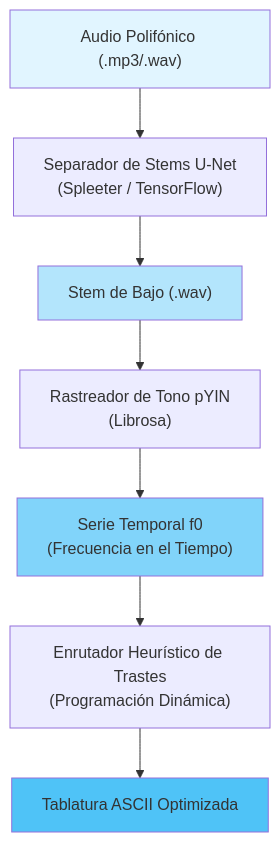
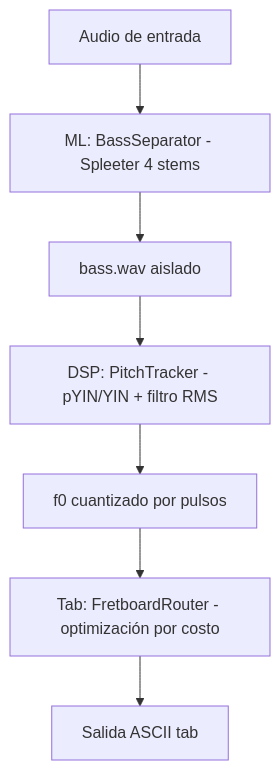
Before and after one commit to blackmetalhans/punkito-tabs-oracle: the diagram in README.es.md, drawn with Mermaid. The commit also changed other lines of this file and 2 other files, not shown here.

Commit message:
docs: refresh README and architecture with current functional status

````diff
--- a/README.es.md
+++ b/README.es.md
@@ -34,14 +19,9 @@
 ```mermaid
 flowchart TD
-    A["Audio Polifónico (.mp3/.wav)"] --> B["Separador de Stems U-Net<br/>(Spleeter / TensorFlow)"]
-    B --> C["Stem de Bajo (.wav)"]
-    C --> D["Rastreador de Tono pYIN<br/>(Librosa)"]
-    D --> E["Serie Temporal f0<br/>(Frecuencia en el Tiempo)"]
-    E --> F["Enrutador Heurístico de Trastes<br/>(Programación Dinámica)"]
-    F --> G["Tablatura ASCII Optimizada"]
-    
-    style A fill:#e1f5ff
-    style C fill:#b3e5fc
-    style E fill:#81d4fa
-    style G fill:#4fc3f7
+    A[Audio de entrada] --> B[ML: BassSeparator - Spleeter 4 stems]
+    B --> C[bass.wav aislado]
+    C --> D[DSP: PitchTracker - pYIN/YIN + filtro RMS]
+    D --> E[f0 cuantizado por pulsos]
+    E --> F[Tab: FretboardRouter - optimización por costo]
+    F --> G[Salida ASCII tab]
 ```
````
